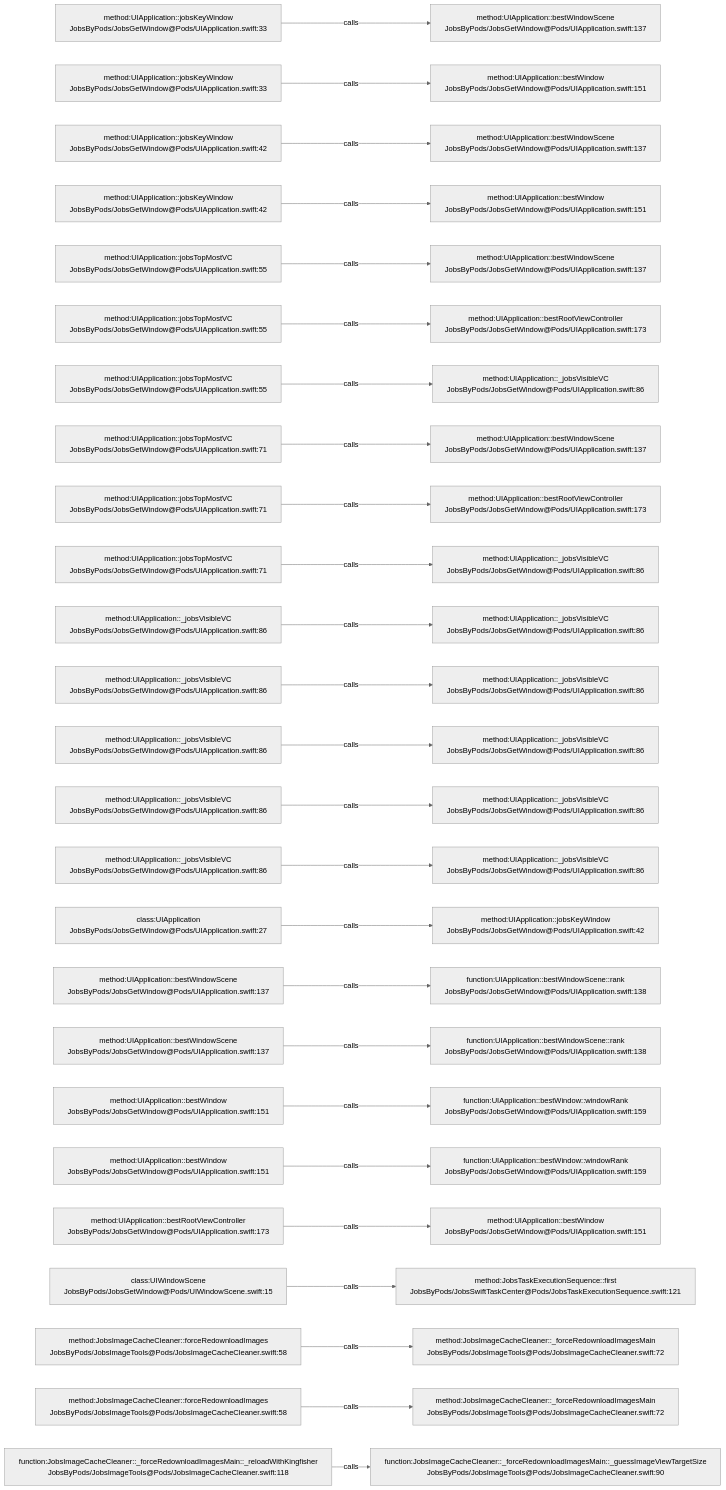
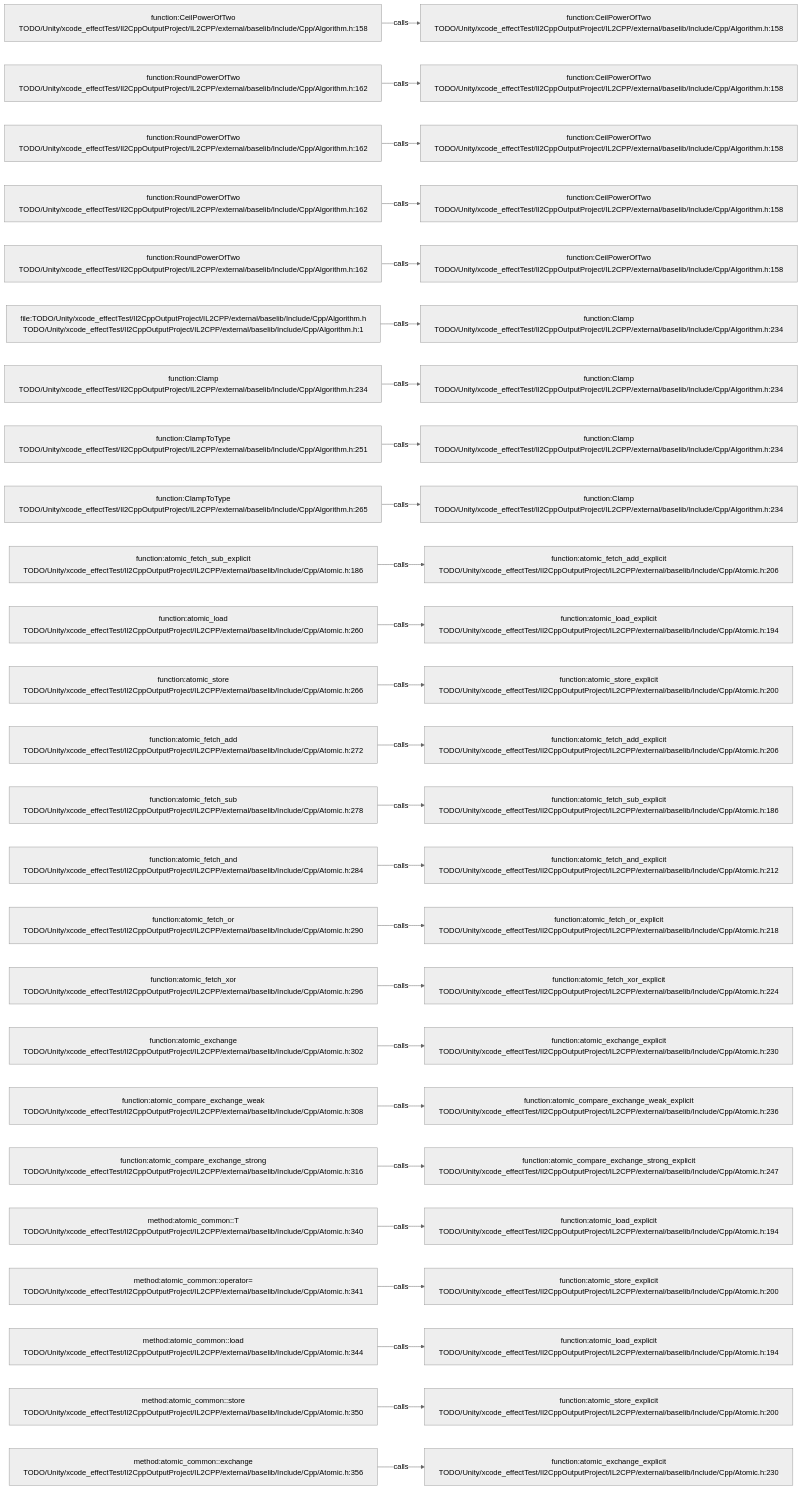
Before and after one commit to JobsKits/JobsSwiftBaseConfigDemo: the diagram in .codegraph/codegraph.md/graphs/calls-125.md, drawn with Mermaid (neutral theme). The commit also changed 569 other files, not shown here.

````diff
--- a/.codegraph/codegraph.md/graphs/calls-125.md
+++ b/.codegraph/codegraph.md/graphs/calls-125.md
@@ -13,78 +13,78 @@
 ```mermaid
 flowchart LR
-  S1["method:UIApplication::jobsKeyWindow<br/>JobsByPods/JobsGetWindow@Pods/UIApplication.swift:33"]
-  T1["method:UIApplication::bestWindowScene<br/>JobsByPods/JobsGetWindow@Pods/UIApplication.swift:137"]
+  S1["function:CeilPowerOfTwo<br/>TODO/Unity/xcode_effectTest/Il2CppOutputProject/IL2CPP/external/baselib/Include/Cpp/Algorithm.h:158"]
+  T1["function:CeilPowerOfTwo<br/>TODO/Unity/xcode_effectTest/Il2CppOutputProject/IL2CPP/external/baselib/Include/Cpp/Algorithm.h:158"]
   S1 -->|calls| T1
-  S2["method:UIApplication::jobsKeyWindow<br/>JobsByPods/JobsGetWindow@Pods/UIApplication.swift:33"]
-  T2["method:UIApplication::bestWindow<br/>JobsByPods/JobsGetWindow@Pods/UIApplication.swift:151"]
+  S2["function:RoundPowerOfTwo<br/>TODO/Unity/xcode_effectTest/Il2CppOutputProject/IL2CPP/external/baselib/Include/Cpp/Algorithm.h:162"]
+  T2["function:CeilPowerOfTwo<br/>TODO/Unity/xcode_effectTest/Il2CppOutputProject/IL2CPP/external/baselib/Include/Cpp/Algorithm.h:158"]
   S2 -->|calls| T2
-  S3["method:UIApplication::jobsKeyWindow<br/>JobsByPods/JobsGetWindow@Pods/UIApplication.swift:42"]
-  T3["method:UIApplication::bestWindowScene<br/>JobsByPods/JobsGetWindow@Pods/UIApplication.swift:137"]
+  S3["function:RoundPowerOfTwo<br/>TODO/Unity/xcode_effectTest/Il2CppOutputProject/IL2CPP/external/baselib/Include/Cpp/Algorithm.h:162"]
+  T3["function:CeilPowerOfTwo<br/>TODO/Unity/xcode_effectTest/Il2CppOutputProject/IL2CPP/external/baselib/Include/Cpp/Algorithm.h:158"]
   S3 -->|calls| T3
-  S4["method:UIApplication::jobsKeyWindow<br/>JobsByPods/JobsGetWindow@Pods/UIApplication.swift:42"]
-  T4["method:UIApplication::bestWindow<br/>JobsByPods/JobsGetWindow@Pods/UIApplication.swift:151"]
+  S4["function:RoundPowerOfTwo<br/>TODO/Unity/xcode_effectTest/Il2CppOutputProject/IL2CPP/external/baselib/Include/Cpp/Algorithm.h:162"]
+  T4["function:CeilPowerOfTwo<br/>TODO/Unity/xcode_effectTest/Il2CppOutputProject/IL2CPP/external/baselib/Include/Cpp/Algorithm.h:158"]
   S4 -->|calls| T4
-  S5["method:UIApplication::jobsTopMostVC<br/>JobsByPods/JobsGetWindow@Pods/UIApplication.swift:55"]
-  T5["method:UIApplication::bestWindowScene<br/>JobsByPods/JobsGetWindow@Pods/UIApplication.swift:137"]
+  S5["function:RoundPowerOfTwo<br/>TODO/Unity/xcode_effectTest/Il2CppOutputProject/IL2CPP/external/baselib/Include/Cpp/Algorithm.h:162"]
+  T5["function:CeilPowerOfTwo<br/>TODO/Unity/xcode_effectTest/Il2CppOutputProject/IL2CPP/external/baselib/Include/Cpp/Algorithm.h:158"]
   S5 -->|calls| T5
-  S6["method:UIApplication::jobsTopMostVC<br/>JobsByPods/JobsGetWindow@Pods/UIApplication.swift:55"]
-  T6["method:UIApplication::bestRootViewController<br/>JobsByPods/JobsGetWindow@Pods/UIApplication.swift:173"]
+  S6["file:TODO/Unity/xcode_effectTest/Il2CppOutputProject/IL2CPP/external/baselib/Include/Cpp/Algorithm.h<br/>TODO/Unity/xcode_effectTest/Il2CppOutputProject/IL2CPP/external/baselib/Include/Cpp/Algorithm.h:1"]
+  T6["function:Clamp<br/>TODO/Unity/xcode_effectTest/Il2CppOutputProject/IL2CPP/external/baselib/Include/Cpp/Algorithm.h:234"]
   S6 -->|calls| T6
-  S7["method:UIApplication::jobsTopMostVC<br/>JobsByPods/JobsGetWindow@Pods/UIApplication.swift:55"]
-  T7["method:UIApplication::_jobsVisibleVC<br/>JobsByPods/JobsGetWindow@Pods/UIApplication.swift:86"]
+  S7["function:Clamp<br/>TODO/Unity/xcode_effectTest/Il2CppOutputProject/IL2CPP/external/baselib/Include/Cpp/Algorithm.h:234"]
+  T7["function:Clamp<br/>TODO/Unity/xcode_effectTest/Il2CppOutputProject/IL2CPP/external/baselib/Include/Cpp/Algorithm.h:234"]
   S7 -->|calls| T7
-  S8["method:UIApplication::jobsTopMostVC<br/>JobsByPods/JobsGetWindow@Pods/UIApplication.swift:71"]
-  T8["method:UIApplication::bestWindowScene<br/>JobsByPods/JobsGetWindow@Pods/UIApplication.swift:137"]
+  S8["function:ClampToType<br/>TODO/Unity/xcode_effectTest/Il2CppOutputProject/IL2CPP/external/baselib/Include/Cpp/Algorithm.h:251"]
+  T8["function:Clamp<br/>TODO/Unity/xcode_effectTest/Il2CppOutputProject/IL2CPP/external/baselib/Include/Cpp/Algorithm.h:234"]
   S8 -->|calls| T8
-  S9["method:UIApplication::jobsTopMostVC<br/>JobsByPods/JobsGetWindow@Pods/UIApplication.swift:71"]
-  T9["method:UIApplication::bestRootViewController<br/>JobsByPods/JobsGetWindow@Pods/UIApplication.swift:173"]
+  S9["function:ClampToType<br/>TODO/Unity/xcode_effectTest/Il2CppOutputProject/IL2CPP/external/baselib/Include/Cpp/Algorithm.h:265"]
+  T9["function:Clamp<br/>TODO/Unity/xcode_effectTest/Il2CppOutputProject/IL2CPP/external/baselib/Include/Cpp/Algorithm.h:234"]
   S9 -->|calls| T9
-  S10["method:UIApplication::jobsTopMostVC<br/>JobsByPods/JobsGetWindow@Pods/UIApplication.swift:71"]
-  T10["method:UIApplication::_jobsVisibleVC<br/>JobsByPods/JobsGetWindow@Pods/UIApplication.swift:86"]
+  S10["function:atomic_fetch_sub_explicit<br/>TODO/Unity/xcode_effectTest/Il2CppOutputProject/IL2CPP/external/baselib/Include/Cpp/Atomic.h:186"]
+  T10["function:atomic_fetch_add_explicit<br/>TODO/Unity/xcode_effectTest/Il2CppOutputProject/IL2CPP/external/baselib/Include/Cpp/Atomic.h:206"]
   S10 -->|calls| T10
-  S11["method:UIApplication::_jobsVisibleVC<br/>JobsByPods/JobsGetWindow@Pods/UIApplication.swift:86"]
-  T11["method:UIApplication::_jobsVisibleVC<br/>JobsByPods/JobsGetWindow@Pods/UIApplication.swift:86"]
+  S11["function:atomic_load<br/>TODO/Unity/xcode_effectTest/Il2CppOutputProject/IL2CPP/external/baselib/Include/Cpp/Atomic.h:260"]
+  T11["function:atomic_load_explicit<br/>TODO/Unity/xcode_effectTest/Il2CppOutputProject/IL2CPP/external/baselib/Include/Cpp/Atomic.h:194"]
   S11 -->|calls| T11
-  S12["method:UIApplication::_jobsVisibleVC<br/>JobsByPods/JobsGetWindow@Pods/UIApplication.swift:86"]
-  T12["method:UIApplication::_jobsVisibleVC<br/>JobsByPods/JobsGetWindow@Pods/UIApplication.swift:86"]
+  S12["function:atomic_store<br/>TODO/Unity/xcode_effectTest/Il2CppOutputProject/IL2CPP/external/baselib/Include/Cpp/Atomic.h:266"]
+  T12["function:atomic_store_explicit<br/>TODO/Unity/xcode_effectTest/Il2CppOutputProject/IL2CPP/external/baselib/Include/Cpp/Atomic.h:200"]
   S12 -->|calls| T12
-  S13["method:UIApplication::_jobsVisibleVC<br/>JobsByPods/JobsGetWindow@Pods/UIApplication.swift:86"]
-  T13["method:UIApplication::_jobsVisibleVC<br/>JobsByPods/JobsGetWindow@Pods/UIApplication.swift:86"]
+  S13["function:atomic_fetch_add<br/>TODO/Unity/xcode_effectTest/Il2CppOutputProject/IL2CPP/external/baselib/Include/Cpp/Atomic.h:272"]
+  T13["function:atomic_fetch_add_explicit<br/>TODO/Unity/xcode_effectTest/Il2CppOutputProject/IL2CPP/external/baselib/Include/Cpp/Atomic.h:206"]
   S13 -->|calls| T13
-  S14["method:UIApplication::_jobsVisibleVC<br/>JobsByPods/JobsGetWindow@Pods/UIApplication.swift:86"]
-  T14["method:UIApplication::_jobsVisibleVC<br/>JobsByPods/JobsGetWindow@Pods/UIApplication.swift:86"]
+  S14["function:atomic_fetch_sub<br/>TODO/Unity/xcode_effectTest/Il2CppOutputProject/IL2CPP/external/baselib/Include/Cpp/Atomic.h:278"]
+  T14["function:atomic_fetch_sub_explicit<br/>TODO/Unity/xcode_effectTest/Il2CppOutputProject/IL2CPP/external/baselib/Include/Cpp/Atomic.h:186"]
   S14 -->|calls| T14
-  S15["method:UIApplication::_jobsVisibleVC<br/>JobsByPods/JobsGetWindow@Pods/UIApplication.swift:86"]
-  T15["method:UIApplication::_jobsVisibleVC<br/>JobsByPods/JobsGetWindow@Pods/UIApplication.swift:86"]
+  S15["function:atomic_fetch_and<br/>TODO/Unity/xcode_effectTest/Il2CppOutputProject/IL2CPP/external/baselib/Include/Cpp/Atomic.h:284"]
+  T15["function:atomic_fetch_and_explicit<br/>TODO/Unity/xcode_effectTest/Il2CppOutputProject/IL2CPP/external/baselib/Include/Cpp/Atomic.h:212"]
   S15 -->|calls| T15
-  S16["class:UIApplication<br/>JobsByPods/JobsGetWindow@Pods/UIApplication.swift:27"]
-  T16["method:UIApplication::jobsKeyWindow<br/>JobsByPods/JobsGetWindow@Pods/UIApplication.swift:42"]
+  S16["function:atomic_fetch_or<br/>TODO/Unity/xcode_effectTest/Il2CppOutputProject/IL2CPP/external/baselib/Include/Cpp/Atomic.h:290"]
+  T16["function:atomic_fetch_or_explicit<br/>TODO/Unity/xcode_effectTest/Il2CppOutputProject/IL2CPP/external/baselib/Include/Cpp/Atomic.h:218"]
   S16 -->|calls| T16
-  S17["method:UIApplication::bestWindowScene<br/>JobsByPods/JobsGetWindow@Pods/UIApplication.swift:137"]
-  T17["function:UIApplication::bestWindowScene::rank<br/>JobsByPods/JobsGetWindow@Pods/UIApplication.swift:138"]
+  S17["function:atomic_fetch_xor<br/>TODO/Unity/xcode_effectTest/Il2CppOutputProject/IL2CPP/external/baselib/Include/Cpp/Atomic.h:296"]
+  T17["function:atomic_fetch_xor_explicit<br/>TODO/Unity/xcode_effectTest/Il2CppOutputProject/IL2CPP/external/baselib/Include/Cpp/Atomic.h:224"]
   S17 -->|calls| T17
-  S18["method:UIApplication::bestWindowScene<br/>JobsByPods/JobsGetWindow@Pods/UIApplication.swift:137"]
-  T18["function:UIApplication::bestWindowScene::rank<br/>JobsByPods/JobsGetWindow@Pods/UIApplication.swift:138"]
+  S18["function:atomic_exchange<br/>TODO/Unity/xcode_effectTest/Il2CppOutputProject/IL2CPP/external/baselib/Include/Cpp/Atomic.h:302"]
+  T18["function:atomic_exchange_explicit<br/>TODO/Unity/xcode_effectTest/Il2CppOutputProject/IL2CPP/external/baselib/Include/Cpp/Atomic.h:230"]
   S18 -->|calls| T18
-  S19["method:UIApplication::bestWindow<br/>JobsByPods/JobsGetWindow@Pods/UIApplication.swift:151"]
-  T19["function:UIApplication::bestWindow::windowRank<br/>JobsByPods/JobsGetWindow@Pods/UIApplication.swift:159"]
+  S19["function:atomic_compare_exchange_weak<br/>TODO/Unity/xcode_effectTest/Il2CppOutputProject/IL2CPP/external/baselib/Include/Cpp/Atomic.h:308"]
+  T19["function:atomic_compare_exchange_weak_explicit<br/>TODO/Unity/xcode_effectTest/Il2CppOutputProject/IL2CPP/external/baselib/Include/Cpp/Atomic.h:236"]
   S19 -->|calls| T19
-  S20["method:UIApplication::bestWindow<br/>JobsByPods/JobsGetWindow@Pods/UIApplication.swift:151"]
-  T20["function:UIApplication::bestWindow::windowRank<br/>JobsByPods/JobsGetWindow@Pods/UIApplication.swift:159"]
+  S20["function:atomic_compare_exchange_strong<br/>TODO/Unity/xcode_effectTest/Il2CppOutputProject/IL2CPP/external/baselib/Include/Cpp/Atomic.h:316"]
+  T20["function:atomic_compare_exchange_strong_explicit<br/>TODO/Unity/xcode_effectTest/Il2CppOutputProject/IL2CPP/external/baselib/Include/Cpp/Atomic.h:247"]
   S20 -->|calls| T20
-  S21["method:UIApplication::bestRootViewController<br/>JobsByPods/JobsGetWindow@Pods/UIApplication.swift:173"]
-  T21["method:UIApplication::bestWindow<br/>JobsByPods/JobsGetWindow@Pods/UIApplication.swift:151"]
+  S21["method:atomic_common::T<br/>TODO/Unity/xcode_effectTest/Il2CppOutputProject/IL2CPP/external/baselib/Include/Cpp/Atomic.h:340"]
+  T21["function:atomic_load_explicit<br/>TODO/Unity/xcode_effectTest/Il2CppOutputProject/IL2CPP/external/baselib/Include/Cpp/Atomic.h:194"]
   S21 -->|calls| T21
-  S22["class:UIWindowScene<br/>JobsByPods/JobsGetWindow@Pods/UIWindowScene.swift:15"]
-  T22["method:JobsTaskExecutionSequence::first<br/>JobsByPods/JobsSwiftTaskCenter@Pods/JobsTaskExecutionSequence.swift:121"]
+  S22["method:atomic_common::operator=<br/>TODO/Unity/xcode_effectTest/Il2CppOutputProject/IL2CPP/external/baselib/Include/Cpp/Atomic.h:341"]
+  T22["function:atomic_store_explicit<br/>TODO/Unity/xcode_effectTest/Il2CppOutputProject/IL2CPP/external/baselib/Include/Cpp/Atomic.h:200"]
   S22 -->|calls| T22
-  S23["method:JobsImageCacheCleaner::forceRedownloadImages<br/>JobsByPods/JobsImageTools@Pods/JobsImageCacheCleaner.swift:58"]
-  T23["method:JobsImageCacheCleaner::_forceRedownloadImagesMain<br/>JobsByPods/JobsImageTools@Pods/JobsImageCacheCleaner.swift:72"]
+  S23["method:atomic_common::load<br/>TODO/Unity/xcode_effectTest/Il2CppOutputProject/IL2CPP/external/baselib/Include/Cpp/Atomic.h:344"]
+  T23["function:atomic_load_explicit<br/>TODO/Unity/xcode_effectTest/Il2CppOutputProject/IL2CPP/external/baselib/Include/Cpp/Atomic.h:194"]
   S23 -->|calls| T23
-  S24["method:JobsImageCacheCleaner::forceRedownloadImages<br/>JobsByPods/JobsImageTools@Pods/JobsImageCacheCleaner.swift:58"]
-  T24["method:JobsImageCacheCleaner::_forceRedownloadImagesMain<br/>JobsByPods/JobsImageTools@Pods/JobsImageCacheCleaner.swift:72"]
+  S24["method:atomic_common::store<br/>TODO/Unity/xcode_effectTest/Il2CppOutputProject/IL2CPP/external/baselib/Include/Cpp/Atomic.h:350"]
+  T24["function:atomic_store_explicit<br/>TODO/Unity/xcode_effectTest/Il2CppOutputProject/IL2CPP/external/baselib/Include/Cpp/Atomic.h:200"]
   S24 -->|calls| T24
-  S25["function:JobsImageCacheCleaner::_forceRedownloadImagesMain::_reloadWithKingfisher<br/>JobsByPods/JobsImageTools@Pods/JobsImageCacheCleaner.swift:118"]
-  T25["function:JobsImageCacheCleaner::_forceRedownloadImagesMain::_guessImageViewTargetSize<br/>JobsByPods/JobsImageTools@Pods/JobsImageCacheCleaner.swift:90"]
+  S25["method:atomic_common::exchange<br/>TODO/Unity/xcode_effectTest/Il2CppOutputProject/IL2CPP/external/baselib/Include/Cpp/Atomic.h:356"]
+  T25["function:atomic_exchange_explicit<br/>TODO/Unity/xcode_effectTest/Il2CppOutputProject/IL2CPP/external/baselib/Include/Cpp/Atomic.h:230"]
   S25 -->|calls| T25
 ```
````
